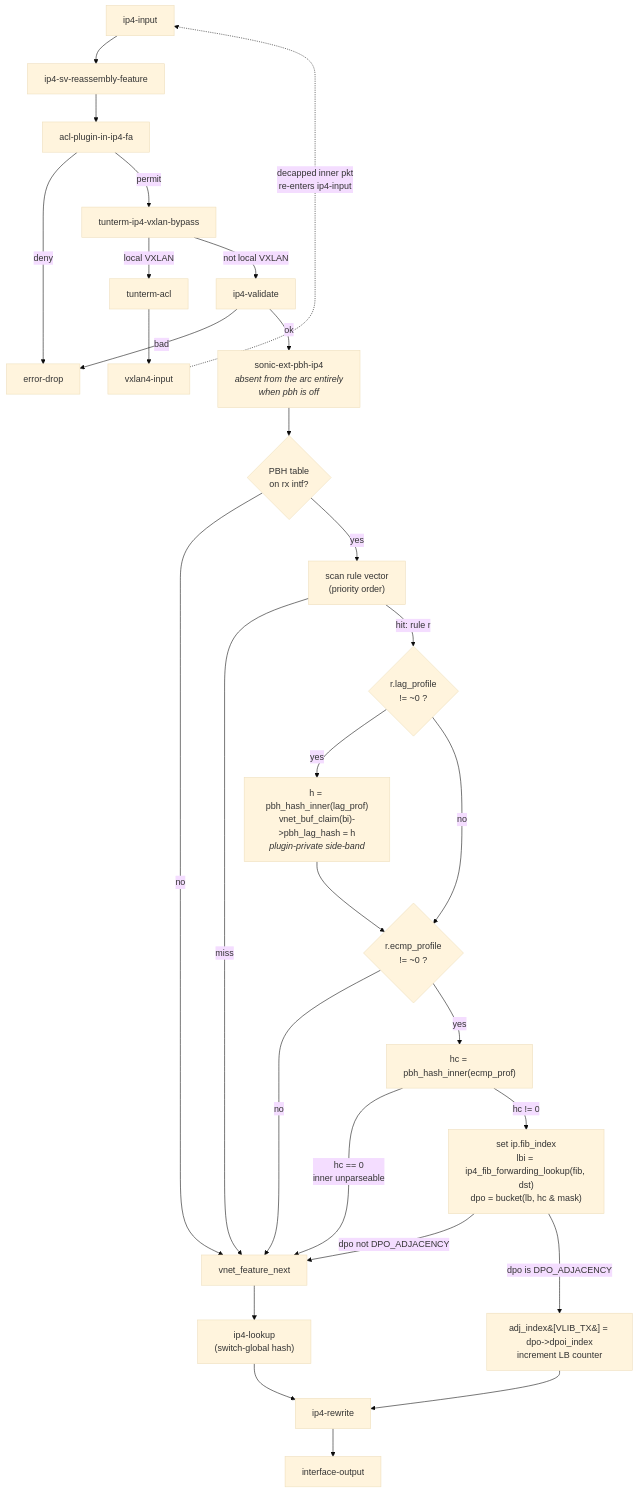
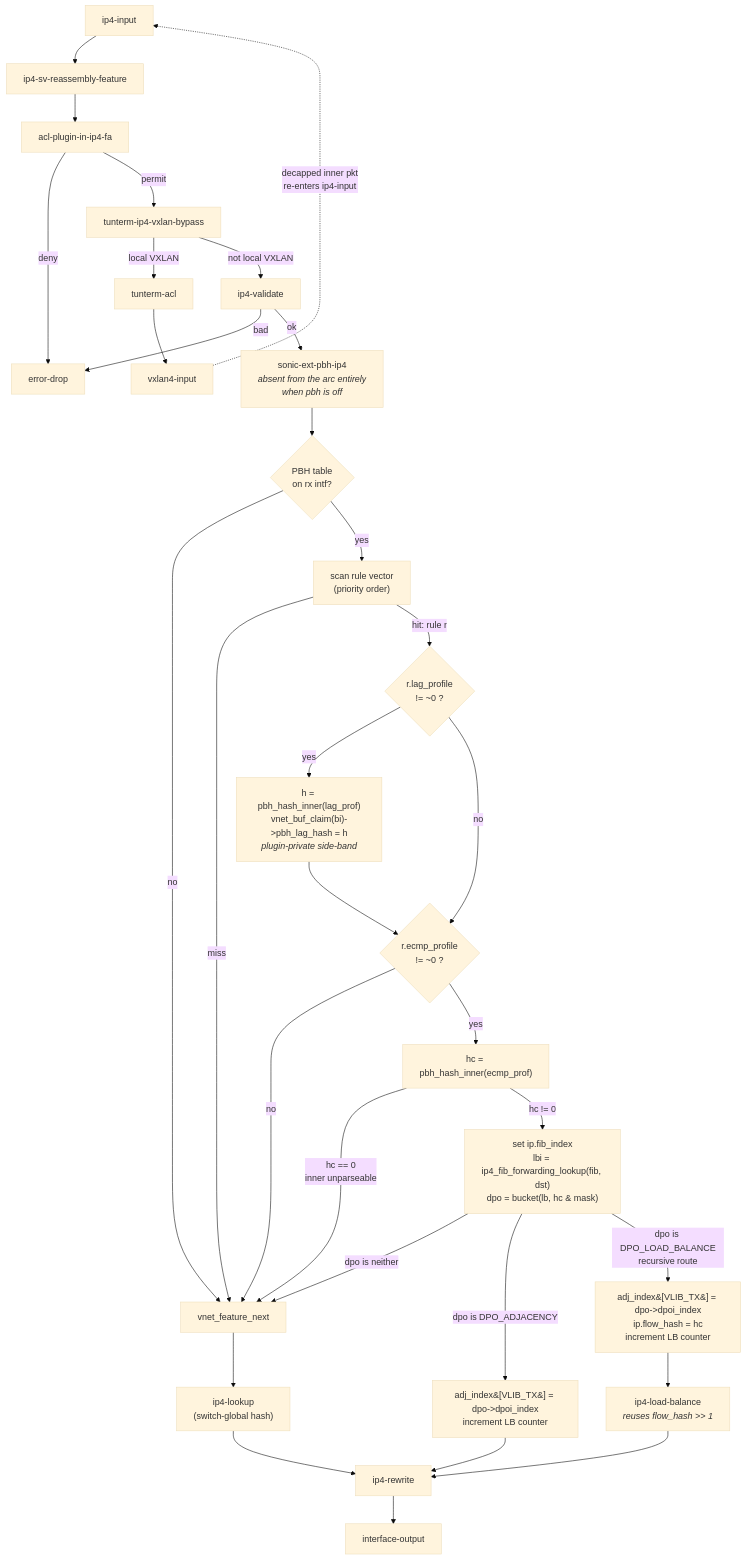
One commit to sonic-net/SONiC changed the first of 3 diagrams in doc/vpp/vpp-policy-based-hashing.md. Above: the diagram before and after it, drawn with Mermaid (base theme). The commit also changed other lines of this file, not shown here.

````diff
--- a/doc/vpp/vpp-policy-based-hashing.md
+++ b/doc/vpp/vpp-policy-based-hashing.md
@@ -438,32 +449,35 @@
 ```mermaid
 flowchart TD
     A["ip4-input"] --> B["ip4-sv-reassembly-feature"]
     B --> C["acl-plugin-in-ip4-fa"]
     C -->|deny| D["error-drop"]
     C -->|permit| E["tunterm-ip4-vxlan-bypass"]
     E -->|local VXLAN| F["tunterm-acl"] --> G["vxlan4-input"]
     G -.->|decapped inner pkt<br/>re-enters ip4-input| A
     E -->|not local VXLAN| H["ip4-validate"]
     H -->|bad| D
     H -->|ok| I["sonic-ext-pbh-ip4<br/><i>absent from the arc entirely<br/>when pbh is off</i>"]
 
     I --> J{"PBH table<br/>on rx intf?"}
     J -->|no| K["vnet_feature_next"]
     J -->|yes| L["scan rule vector<br/>(priority order)"]
     L -->|miss| K
     L -->|hit: rule r| M{"r.lag_profile<br/>!= ~0 ?"}
     M -->|yes| N["h = pbh_hash_inner(lag_prof)<br/>vnet_buf_claim(bi)-&gt;pbh_lag_hash = h<br/><i>plugin-private side-band</i>"]
     M -->|no| O
     N --> O{"r.ecmp_profile<br/>!= ~0 ?"}
     O -->|no| K
     O -->|yes| P["hc = pbh_hash_inner(ecmp_prof)"]
     P -->|hc == 0<br/>inner unparseable| K
     P -->|hc != 0| Q["set ip.fib_index<br/>lbi = ip4_fib_forwarding_lookup(fib, dst)<br/>dpo = bucket(lb, hc &amp; mask)"]
-    Q -->|dpo not DPO_ADJACENCY| K
+    Q -->|dpo is neither| K
     Q -->|dpo is DPO_ADJACENCY| Q2["adj_index&#91;VLIB_TX&#93; = dpo-&gt;dpoi_index<br/>increment LB counter"]
+    Q -->|dpo is DPO_LOAD_BALANCE<br/>recursive route| Q3["adj_index&#91;VLIB_TX&#93; = dpo-&gt;dpoi_index<br/>ip.flow_hash = hc<br/>increment LB counter"]
 
     K --> R["ip4-lookup<br/>(switch-global hash)"]
     Q2 --> S["ip4-rewrite"]
+    Q3 --> R2["ip4-load-balance<br/><i>reuses flow_hash &gt;&gt; 1</i>"]
+    R2 --> S
     R --> S
     S --> T["interface-output"]
 ```
````
